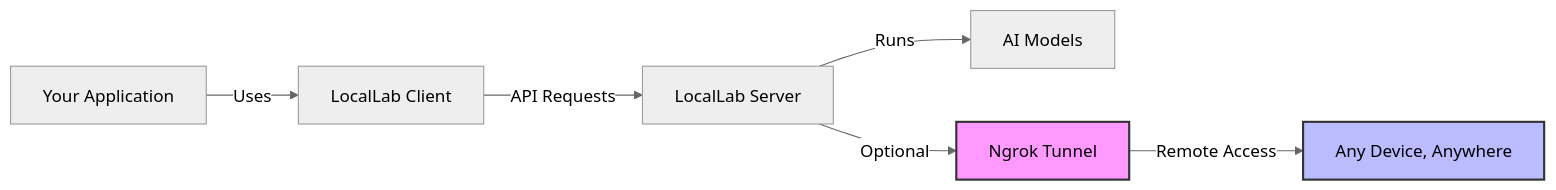
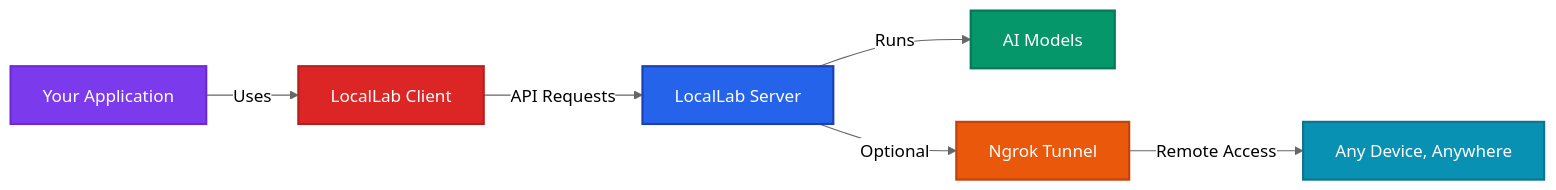
The second of 2 diagrams in README.md (UtkarshTheDev/LocalLab), drawn with Mermaid (neutral theme) before and after one commit. The commit also changed other lines of this file, not shown here.

Commit message:
docs(README): Improved Diagram Color Scheme

````diff
--- a/README.md
+++ b/README.md
@@ -514,10 +517,14 @@
 ```mermaid
 graph LR
     A[Your Application] -->|Uses| B[LocalLab Client]
     B -->|API Requests| C[LocalLab Server]
     C -->|Runs| D[AI Models]
     C -->|Optional| E[Ngrok Tunnel]
     E -->|Remote Access| F[Any Device, Anywhere]
-    style E fill:#f9f,stroke:#333,stroke-width:2px
-    style F fill:#bbf,stroke:#333,stroke-width:2px
+    style A fill:#7c3aed,stroke:#6d28d9,stroke-width:2px,color:#ffffff
+    style B fill:#dc2626,stroke:#b91c1c,stroke-width:2px,color:#ffffff
+    style C fill:#2563eb,stroke:#1e40af,stroke-width:2px,color:#ffffff
+    style D fill:#059669,stroke:#047857,stroke-width:2px,color:#ffffff
+    style E fill:#ea580c,stroke:#c2410c,stroke-width:2px,color:#ffffff
+    style F fill:#0891b2,stroke:#0e7490,stroke-width:2px,color:#ffffff
 ```
````
